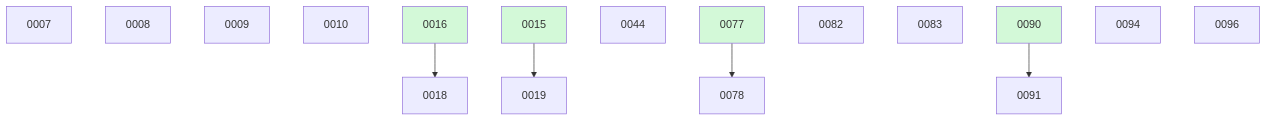
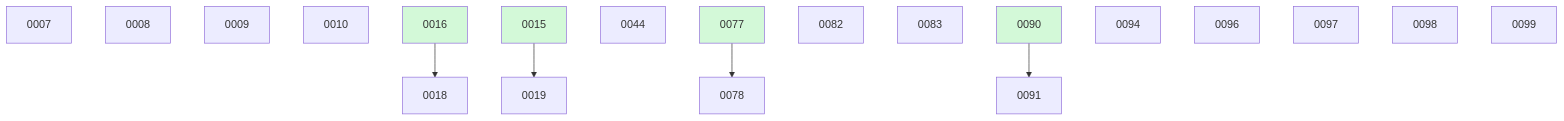
The diagram in docs/changes/BOARD.md (danielhanold/docket), drawn with Mermaid before and after one commit. The commit also changed other lines of this file, not shown here.

````diff
--- a/docs/changes/BOARD.md
+++ b/docs/changes/BOARD.md
@@ -38,21 +41,24 @@
 ```mermaid
 graph TD
   0007
   0008
   0009
   0010
   0016 --> 0018
   0015 --> 0019
   0044
   0077 --> 0078
   0082
   0083
   0090 --> 0091
   0094
   0096
+  0097
+  0098
+  0099
   0015:::done
   0016:::done
   0077:::done
   0090:::done
   classDef done fill:#d3f9d8;
 ```
````
